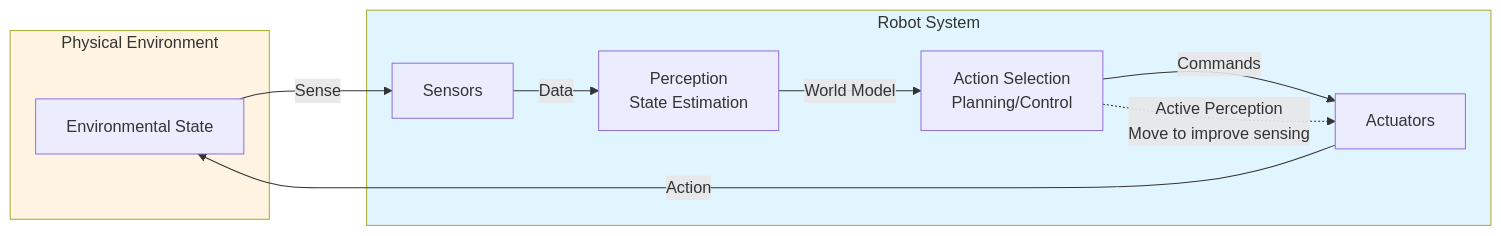
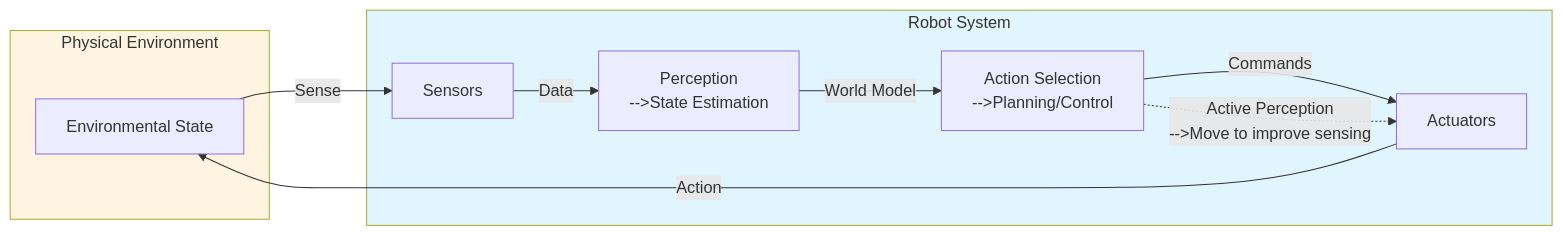
One commit to ayeshadev283-max/Physical-AI-Humanoid-Robotics changed the second of 2 diagrams in docs/chapters/module-0-foundations/03-sensing-perception.md. Above: the diagram before and after it, drawn with Mermaid. The commit also changed other lines of this file and 135 other files, not shown here.

````diff
--- a/docs/chapters/module-0-foundations/03-sensing-perception.md
+++ b/docs/chapters/module-0-foundations/03-sensing-perception.md
@@ -184,24 +184,24 @@
 ```mermaid
 graph LR
     subgraph World["Physical Environment"]
         State[Environmental State]
     end
 
     subgraph Robot["Robot System"]
         Sensors[Sensors]
-        Perception[Perception<br/>State Estimation]
-        Planning[Action Selection<br/>Planning/Control]
+        Perception[Perception<br /> -->State Estimation]
+        Planning[Action Selection<br /> -->Planning/Control]
         Actuators[Actuators]
     end
 
     State -->|Sense| Sensors
     Sensors -->|Data| Perception
     Perception -->|World Model| Planning
     Planning -->|Commands| Actuators
     Actuators -->|Action| State
     
-    Planning -.->|Active Perception<br/>Move to improve sensing| Actuators
+    Planning -.->|Active Perception<br /> -->Move to improve sensing| Actuators
 
     style World fill:#fff4e1
     style Robot fill:#e1f5ff
 ```
````
